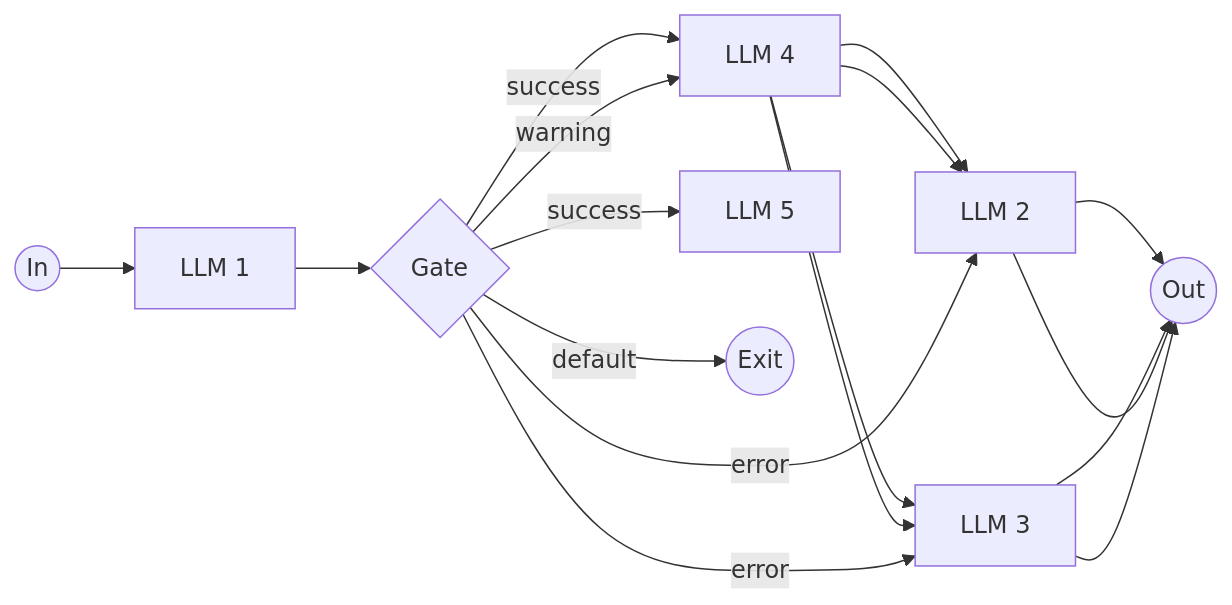
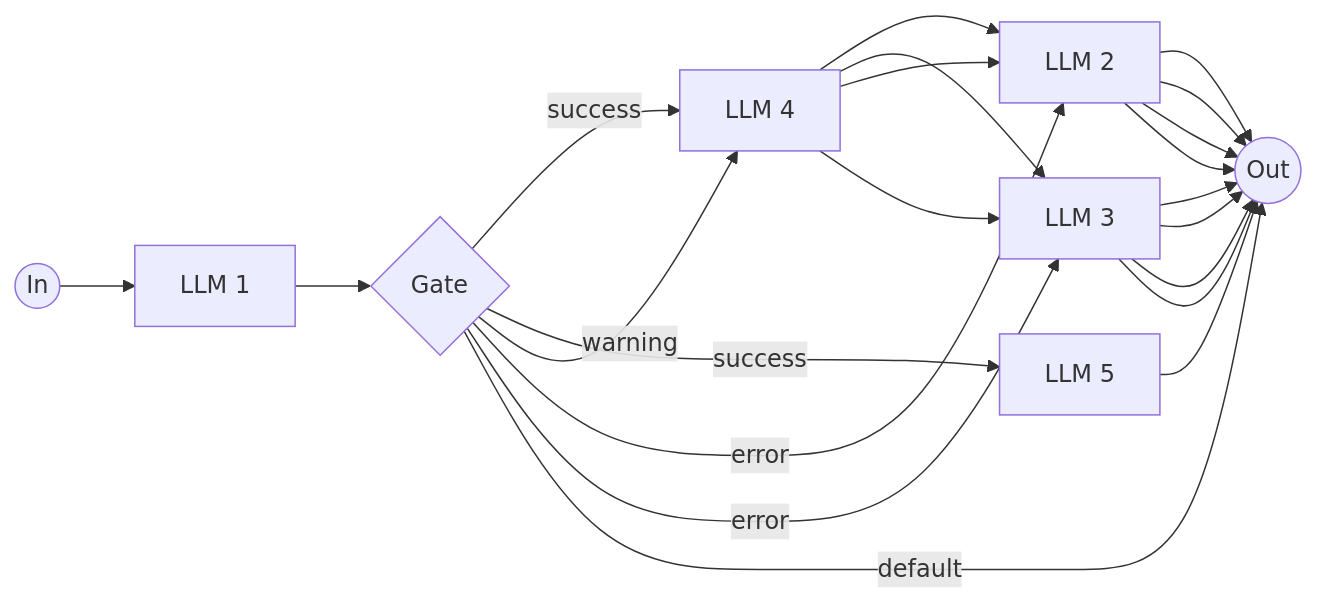
The diagram in examples/complex_workflow/diagram.md (rootstrap/mars), drawn with Mermaid before and after one commit. The commit also changed 9 other files, not shown here.

````diff
--- a/examples/complex_workflow/diagram.md
+++ b/examples/complex_workflow/diagram.md
@@ -1,31 +1,35 @@
 ```mermaid
 flowchart LR
 In(("In")) -->
 LLM_1["LLM 1"]
 LLM_1 --> Gate
 Gate{"Gate"}
 LLM_4["LLM 4"]
 LLM_4 --> LLM_2
 LLM_4 --> LLM_3
 LLM_2["LLM 2"]
 LLM_3["LLM 3"]
 LLM_5["LLM 5"]
+LLM_2 --> Out(("Out"))
+LLM_3 --> Out(("Out"))
+LLM_5 --> Out(("Out"))
 Gate -->|success| LLM_4
 Gate -->|success| LLM_5
 LLM_4["LLM 4"]
 LLM_4 --> LLM_2
 LLM_4 --> LLM_3
 LLM_2["LLM 2"]
 LLM_3["LLM 3"]
 LLM_2 --> Out(("Out"))
 LLM_3 --> Out(("Out"))
+LLM_2 --> Out(("Out"))
+LLM_3 --> Out(("Out"))
 Gate -->|warning| LLM_4
 LLM_2["LLM 2"]
 LLM_3["LLM 3"]
 LLM_2 --> Out(("Out"))
 LLM_3 --> Out(("Out"))
 Gate -->|error| LLM_2
 Gate -->|error| LLM_3
-exit((Exit))
-Gate -->|default| exit
+Gate -->|default| Out(("Out"))
 ```
````
